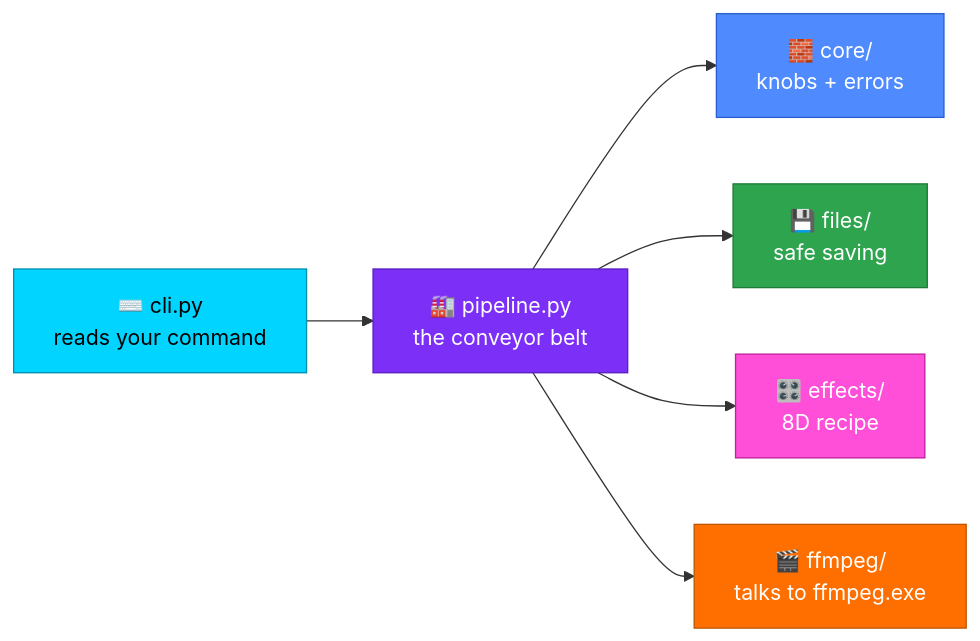
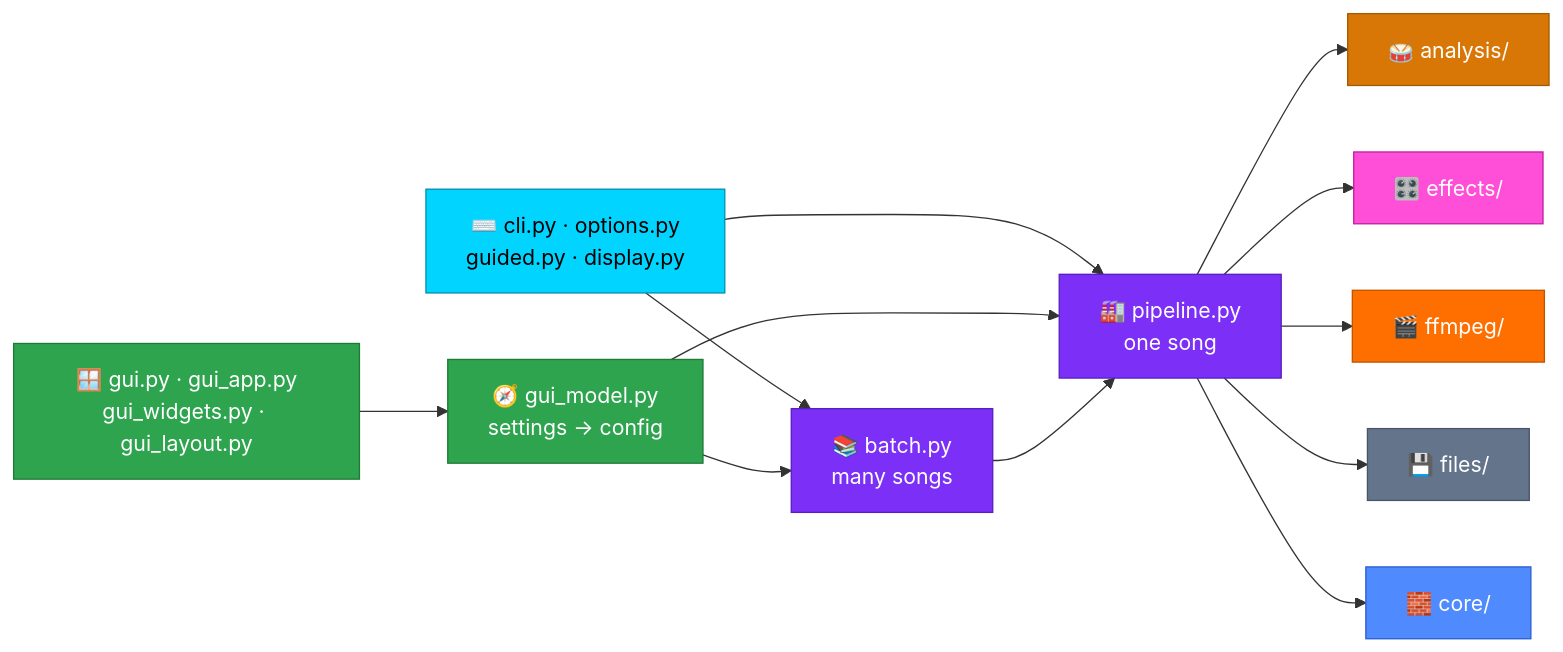
One commit to gcfernando/python_codes changed the fourth of 4 diagrams in 8D/README.md. Above: the diagram before and after it, drawn with Mermaid. The commit also changed other lines of this file and 114 other files, not shown here.

````diff
--- a/8D/README.md
+++ b/8D/README.md
@@ -2185,15 +1807,23 @@
 ```mermaid
 flowchart LR
-    CLI["⌨️ cli.py<br/>reads your command"]:::a --> P["🏭 pipeline.py<br/>the conveyor belt"]:::b
-    P --> CORE["🧱 core/<br/>knobs + errors"]:::c
-    P --> FILES["💾 files/<br/>safe saving"]:::d
-    P --> FX["🎛️ effects/<br/>8D recipe"]:::e
-    P --> FF["🎬 ffmpeg/<br/>talks to ffmpeg.exe"]:::f
+    GUI["🪟 gui.py · gui_app.py<br/>gui_widgets.py · gui_layout.py"]:::w --> M["🧭 gui_model.py<br/>settings → config"]:::w
+    CLI["⌨️ cli.py · options.py<br/>guided.py · display.py"]:::a --> B["📚 batch.py<br/>many songs"]:::b
+    M --> B
+    CLI --> P["🏭 pipeline.py<br/>one song"]:::b
+    M --> P
+    B --> P
+    P --> AN["🥁 analysis/"]:::g
+    P --> FX["🎛️ effects/"]:::e
+    P --> FF["🎬 ffmpeg/"]:::f
+    P --> FILES["💾 files/"]:::d
+    P --> CORE["🧱 core/"]:::c
 
+    classDef w fill:#2ea44f,stroke:#1f7a38,color:#fff
     classDef a fill:#00d4ff,stroke:#0090b0,color:#000
     classDef b fill:#7b2ff7,stroke:#5a1fc0,color:#fff
     classDef c fill:#4f8bff,stroke:#2a5fd0,color:#fff
-    classDef d fill:#2ea44f,stroke:#1f7a38,color:#fff
+    classDef d fill:#64748b,stroke:#475569,color:#fff
     classDef e fill:#ff4fd8,stroke:#c0209f,color:#fff
     classDef f fill:#ff6f00,stroke:#c05500,color:#fff
+    classDef g fill:#d97706,stroke:#a15c05,color:#fff
 ```
````
